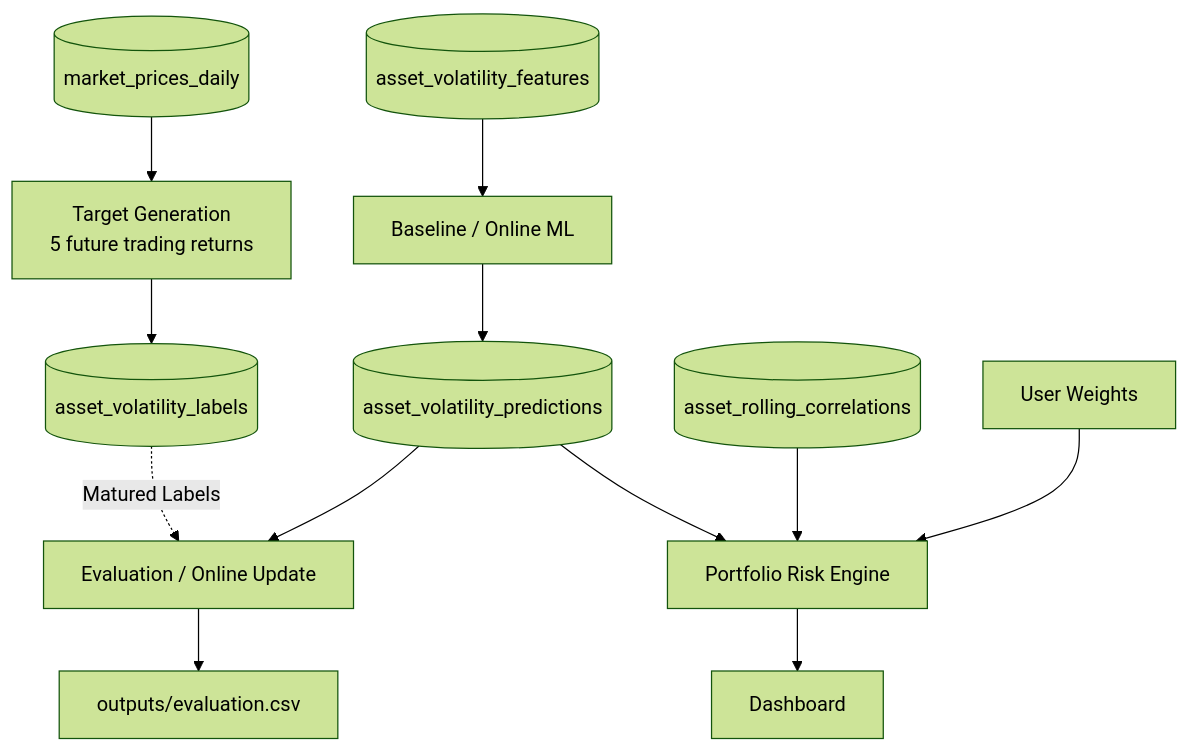
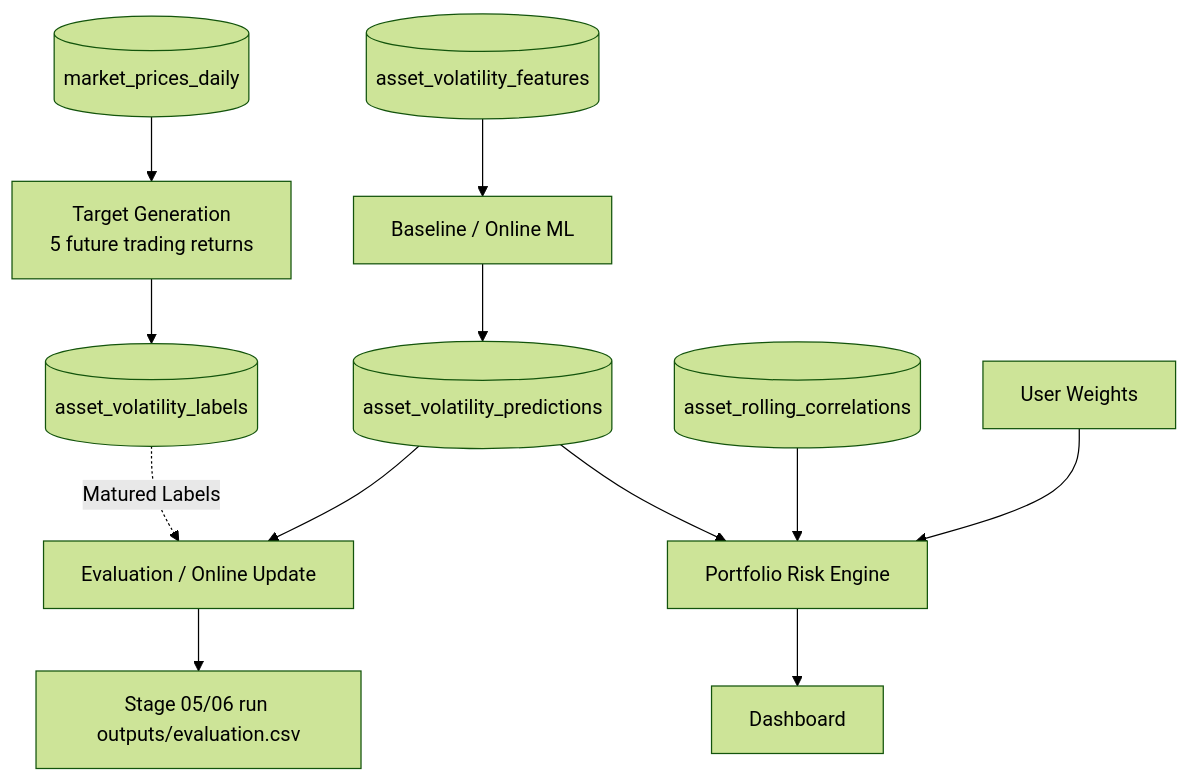
Before and after one commit to 01aptx01/datasci-and-dataen-project: the diagram in docs/contract/target_contract.md, drawn with Mermaid (forest theme). The commit also changed other lines of this file and 24 other files, not shown here.

````diff
--- a/docs/contract/target_contract.md
+++ b/docs/contract/target_contract.md
@@ -33,13 +35,13 @@
 ```mermaid
 flowchart TD
     A[(market_prices_daily)] --> B[Target Generation<br/>5 future trading returns]
     B --> C[(asset_volatility_labels)]
     D[(asset_volatility_features)] --> E[Baseline / Online ML]
     E --> F[(asset_volatility_predictions)]
     C -. Matured Labels .-> G[Evaluation / Online Update]
     F --> G
-    G --> H[outputs/evaluation.csv]
+    G --> H["Stage 05/06 run outputs/evaluation.csv"]
     F --> I[Portfolio Risk Engine]
     J[(asset_rolling_correlations)] --> I
     K[User Weights] --> I --> L[Dashboard]
 ```
````
